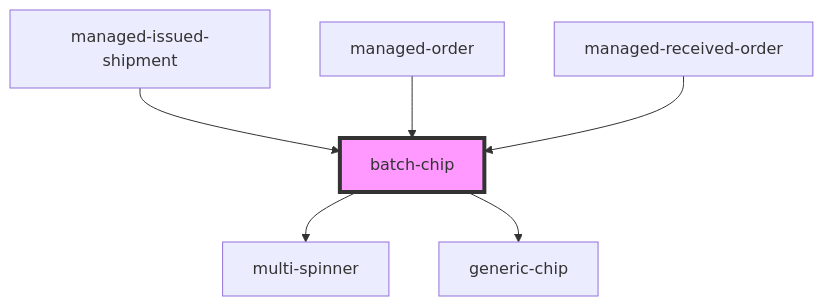
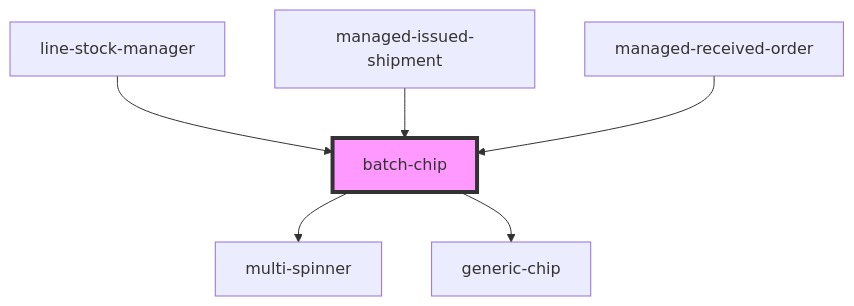
One commit to PharmaLedger-IMI/fgt-workspace changed the diagram in pdm-web-components/src/components/batch-chip/readme.md. Above: the diagram before and after it, drawn with Mermaid. The commit also changed other lines of this file and 35 other files, not shown here.

````diff
--- a/pdm-web-components/src/components/batch-chip/readme.md
+++ b/pdm-web-components/src/components/batch-chip/readme.md
@@ -40,9 +40,9 @@
 ```mermaid
 graph TD;
   batch-chip --> multi-spinner
   batch-chip --> generic-chip
+  line-stock-manager --> batch-chip
   managed-issued-shipment --> batch-chip
-  managed-order --> batch-chip
   managed-received-order --> batch-chip
   style batch-chip fill:#f9f,stroke:#333,stroke-width:4px
 ```
````
